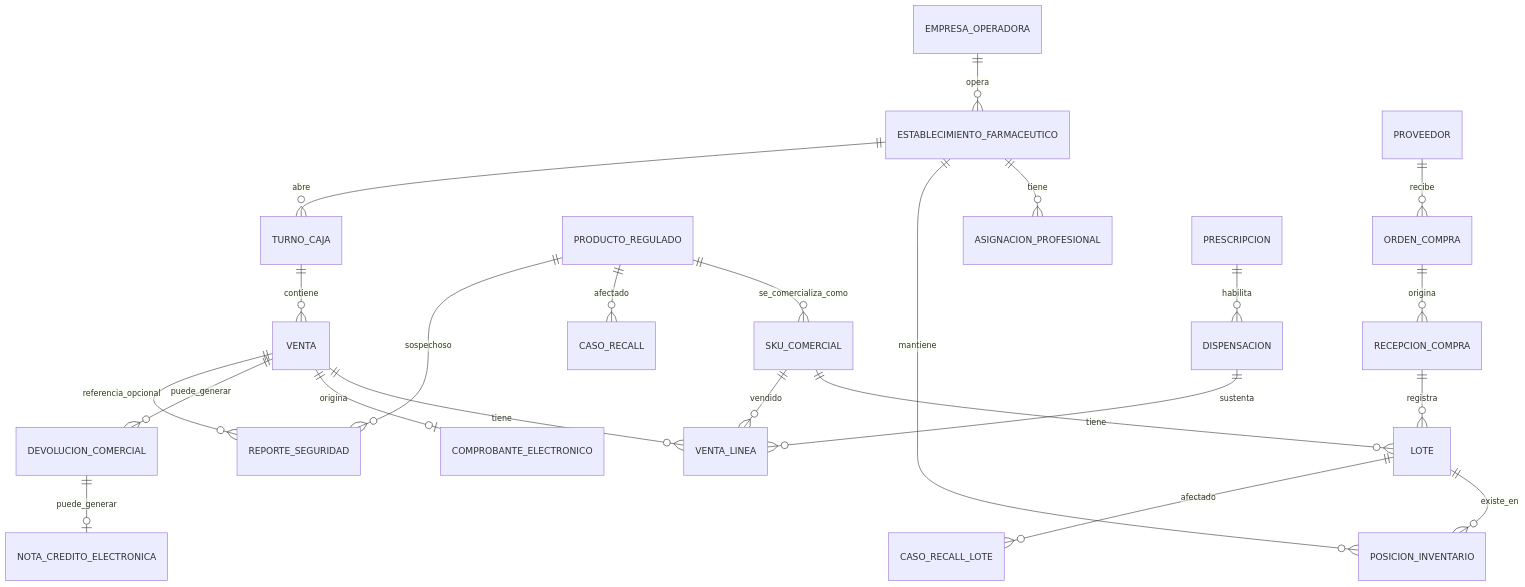
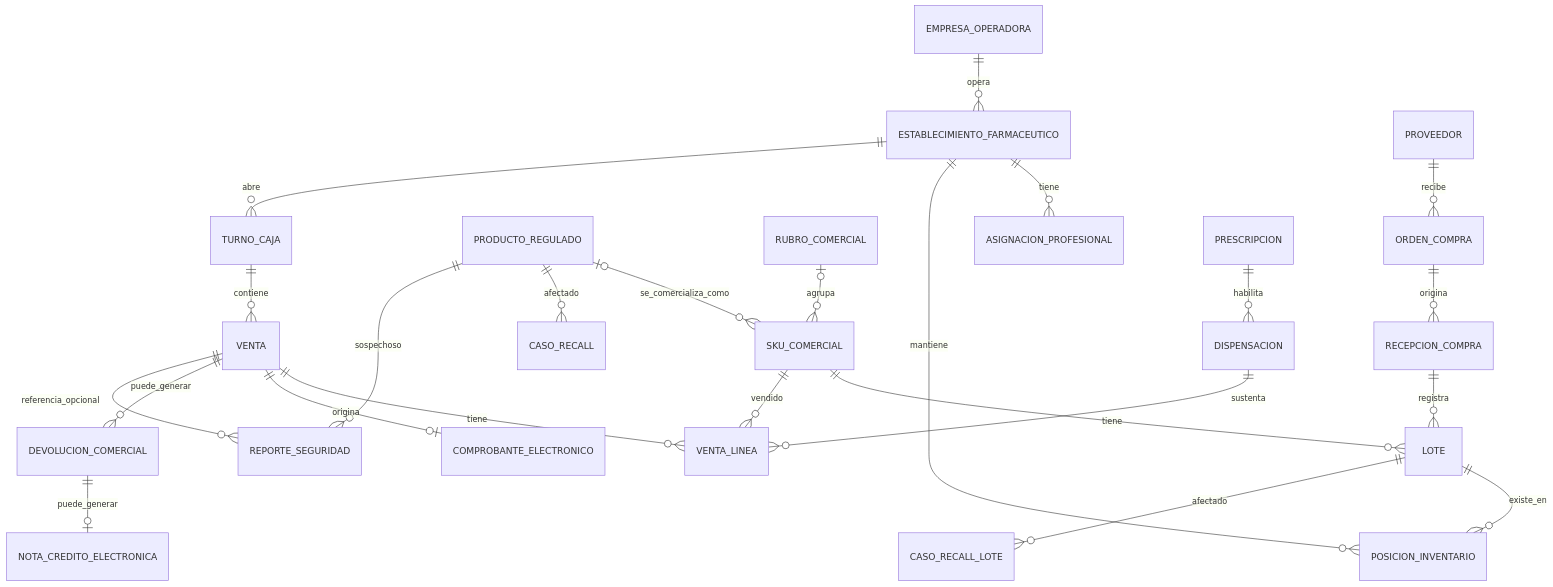
One commit to suriv18/erp-farma-boticas changed the diagram in docs/cadena-farmacias-docs/docs/06-datos/01-modelo-conceptual.md. Above: the diagram before and after it, drawn with Mermaid. The commit also changed other lines of this file and 59 other files, not shown here.

````diff
--- a/docs/cadena-farmacias-docs/docs/06-datos/01-modelo-conceptual.md
+++ b/docs/cadena-farmacias-docs/docs/06-datos/01-modelo-conceptual.md
@@ -12,32 +12,33 @@
 ```mermaid
 erDiagram
     EMPRESA_OPERADORA ||--o{ ESTABLECIMIENTO_FARMACEUTICO : opera
     ESTABLECIMIENTO_FARMACEUTICO ||--o{ ASIGNACION_PROFESIONAL : tiene
 
-    PRODUCTO_REGULADO ||--o{ SKU_COMERCIAL : se_comercializa_como
+    PRODUCTO_REGULADO |o--o{ SKU_COMERCIAL : se_comercializa_como
+    RUBRO_COMERCIAL |o--o{ SKU_COMERCIAL : agrupa
     SKU_COMERCIAL ||--o{ LOTE : tiene
     LOTE ||--o{ POSICION_INVENTARIO : existe_en
     ESTABLECIMIENTO_FARMACEUTICO ||--o{ POSICION_INVENTARIO : mantiene
 
     PROVEEDOR ||--o{ ORDEN_COMPRA : recibe
     ORDEN_COMPRA ||--o{ RECEPCION_COMPRA : origina
     RECEPCION_COMPRA ||--o{ LOTE : registra
 
     ESTABLECIMIENTO_FARMACEUTICO ||--o{ TURNO_CAJA : abre
     TURNO_CAJA ||--o{ VENTA : contiene
     VENTA ||--o{ VENTA_LINEA : tiene
     SKU_COMERCIAL ||--o{ VENTA_LINEA : vendido
 
     PRESCRIPCION ||--o{ DISPENSACION : habilita
     DISPENSACION ||--o{ VENTA_LINEA : sustenta
 
     VENTA ||--o| COMPROBANTE_ELECTRONICO : origina
     VENTA ||--o{ DEVOLUCION_COMERCIAL : puede_generar
     DEVOLUCION_COMERCIAL ||--o| NOTA_CREDITO_ELECTRONICA : puede_generar
 
     PRODUCTO_REGULADO ||--o{ CASO_RECALL : afectado
     LOTE ||--o{ CASO_RECALL_LOTE : afectado
 
     PRODUCTO_REGULADO ||--o{ REPORTE_SEGURIDAD : sospechoso
     VENTA ||--o{ REPORTE_SEGURIDAD : referencia_opcional
 ```
````
